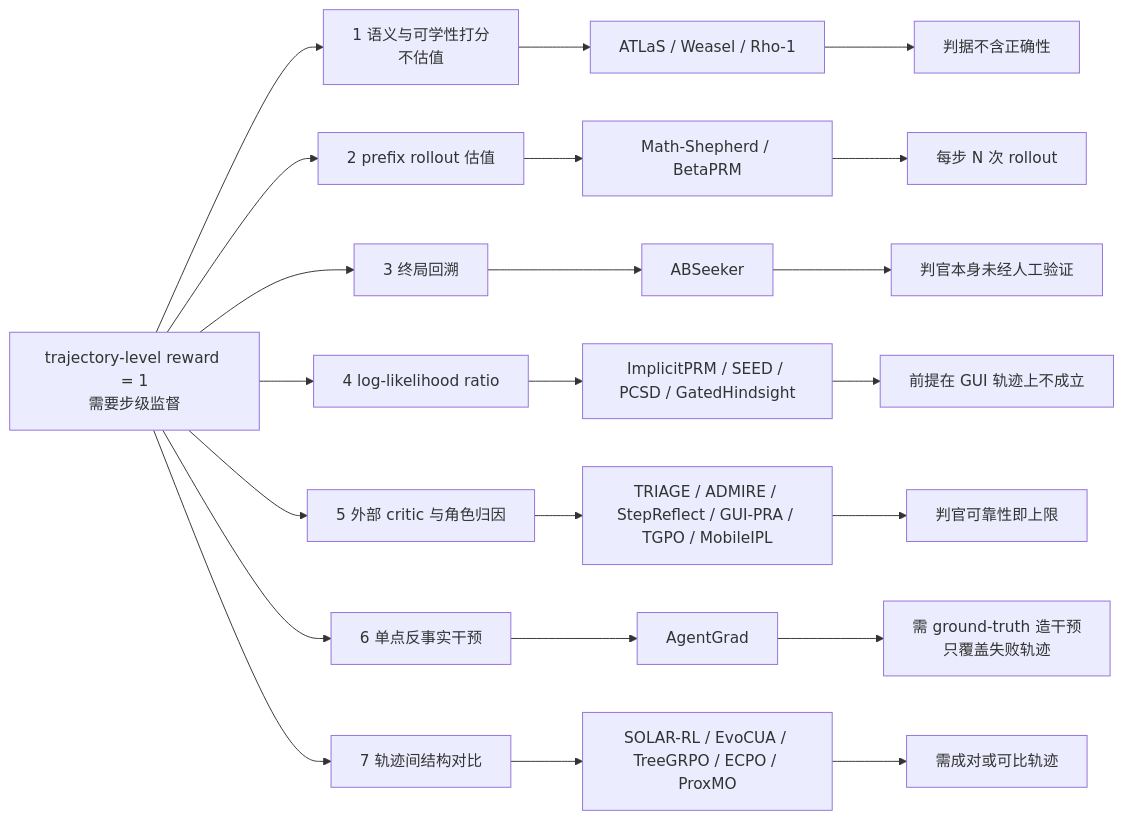
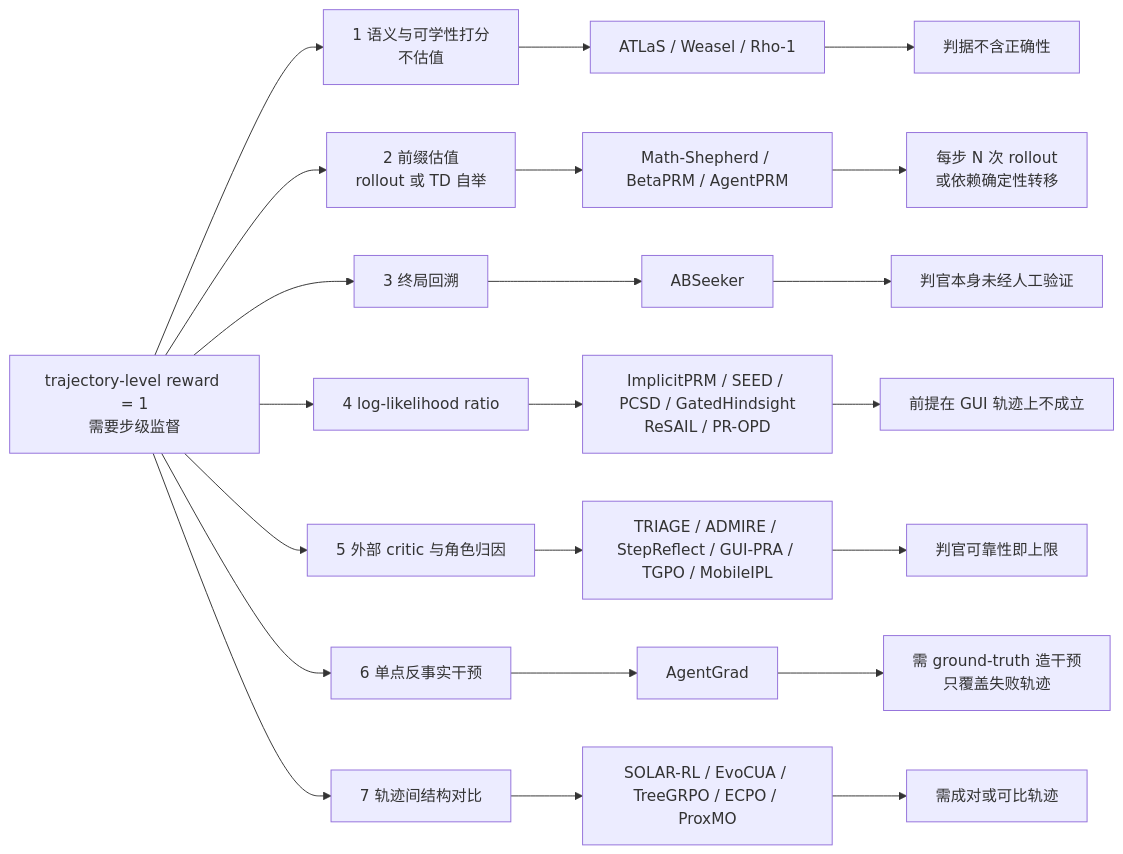
One commit to Kendrick-Stein/MCISLAB_DeepRead changed the diagram in Topics/StepCreditAssignment-Survey.md. Above: the diagram before and after it, drawn with Mermaid. The commit also changed other lines of this file and 57 other files, not shown here.

````diff
--- a/Topics/StepCreditAssignment-Survey.md
+++ b/Topics/StepCreditAssignment-Survey.md
@@ -132,28 +145,28 @@
 ```mermaid
 flowchart LR
   R["trajectory-level reward = 1<br/>需要步级监督"]
 
   R --> A["1 语义与可学性打分<br/>不估值"]
-  R --> B["2 prefix rollout 估值"]
+  R --> B["2 前缀估值<br/>rollout 或 TD 自举"]
   R --> C["3 终局回溯"]
   R --> D["4 log-likelihood ratio"]
   R --> E["5 外部 critic 与角色归因"]
   R --> G["6 单点反事实干预"]
   R --> F["7 轨迹间结构对比"]
 
   A --> A1["ATLaS / Weasel / Rho-1"]
-  B --> B1["Math-Shepherd / BetaPRM"]
+  B --> B1["Math-Shepherd / BetaPRM / AgentPRM"]
   C --> C1["ABSeeker"]
-  D --> D1["ImplicitPRM / SEED / PCSD / GatedHindsight"]
+  D --> D1["ImplicitPRM / SEED / PCSD / GatedHindsight<br/>ReSAIL / PR-OPD"]
   E --> E1["TRIAGE / ADMIRE / StepReflect / GUI-PRA / TGPO / MobileIPL"]
   G --> G1["AgentGrad"]
   F --> F1["SOLAR-RL / EvoCUA / TreeGRPO / ECPO / ProxMO"]
 
   A1 --> S1["判据不含正确性"]
-  B1 --> S2["每步 N 次 rollout"]
+  B1 --> S2["每步 N 次 rollout<br/>或依赖确定性转移"]
   C1 --> S3["判官本身未经人工验证"]
   D1 --> S4["前提在 GUI 轨迹上不成立"]
   E1 --> S5["判官可靠性即上限"]
   G1 --> S7["需 ground-truth 造干预<br/>只覆盖失败轨迹"]
   F1 --> S6["需成对或可比轨迹"]
 ```
````
